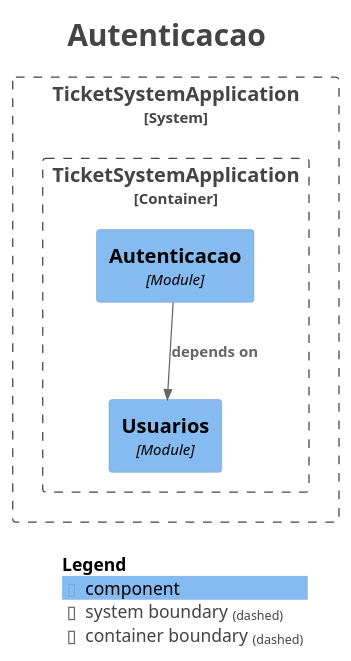
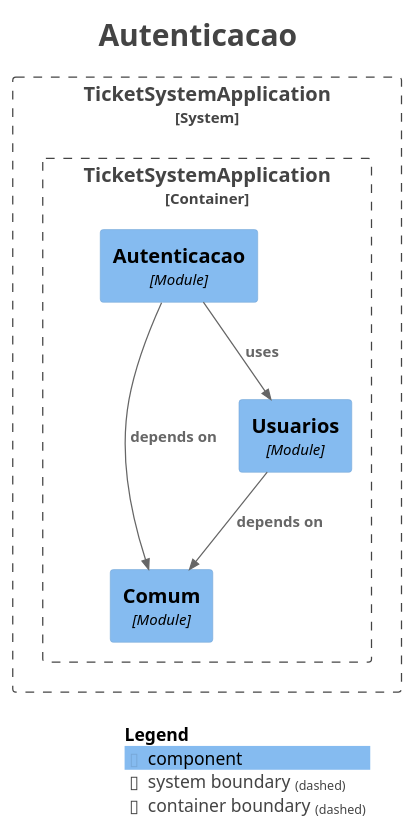
The diagram in docs/modules/module-auth.puml (AnthoniBortolotto/ticket-management-system), drawn with PlantUML before and after one commit. The commit also changed 30 other files, not shown here.

```diff
--- a/docs/modules/module-auth.puml
+++ b/docs/modules/module-auth.puml
@@ -1,30 +1,33 @@
 @startuml
 title <size:24>Autenticacao</size>
 
 set separator none
 top to bottom direction
 
 <style>
   root {
     BackgroundColor: #ffffff
     FontColor: #444444
   }
 </style>
 
 !include <C4/C4>
 !include <C4/C4_Context>
 !include <C4/C4_Component>
 
 System_Boundary("TicketSystemApplication_boundary", "TicketSystemApplication", $tags="") {
   Container_Boundary("TicketSystemApplication.TicketSystemApplication_boundary", "TicketSystemApplication", $tags="") {
     Component(TicketSystemApplication.TicketSystemApplication.Autenticacao, "Autenticacao", $techn="Module", $descr="", $tags="", $link="")
+    Component(TicketSystemApplication.TicketSystemApplication.Comum, "Comum", $techn="Module", $descr="", $tags="", $link="")
     Component(TicketSystemApplication.TicketSystemApplication.Usuarios, "Usuarios", $techn="Module", $descr="", $tags="", $link="")
   }
 
 }
 
-Rel(TicketSystemApplication.TicketSystemApplication.Autenticacao, TicketSystemApplication.TicketSystemApplication.Usuarios, "depends on", $techn="", $tags="", $link="")
+Rel(TicketSystemApplication.TicketSystemApplication.Usuarios, TicketSystemApplication.TicketSystemApplication.Comum, "depends on", $techn="", $tags="", $link="")
+Rel(TicketSystemApplication.TicketSystemApplication.Autenticacao, TicketSystemApplication.TicketSystemApplication.Comum, "depends on", $techn="", $tags="", $link="")
+Rel(TicketSystemApplication.TicketSystemApplication.Autenticacao, TicketSystemApplication.TicketSystemApplication.Usuarios, "uses", $techn="", $tags="", $link="")
 
 SHOW_LEGEND(true)
 hide stereotypes
 @enduml
```
